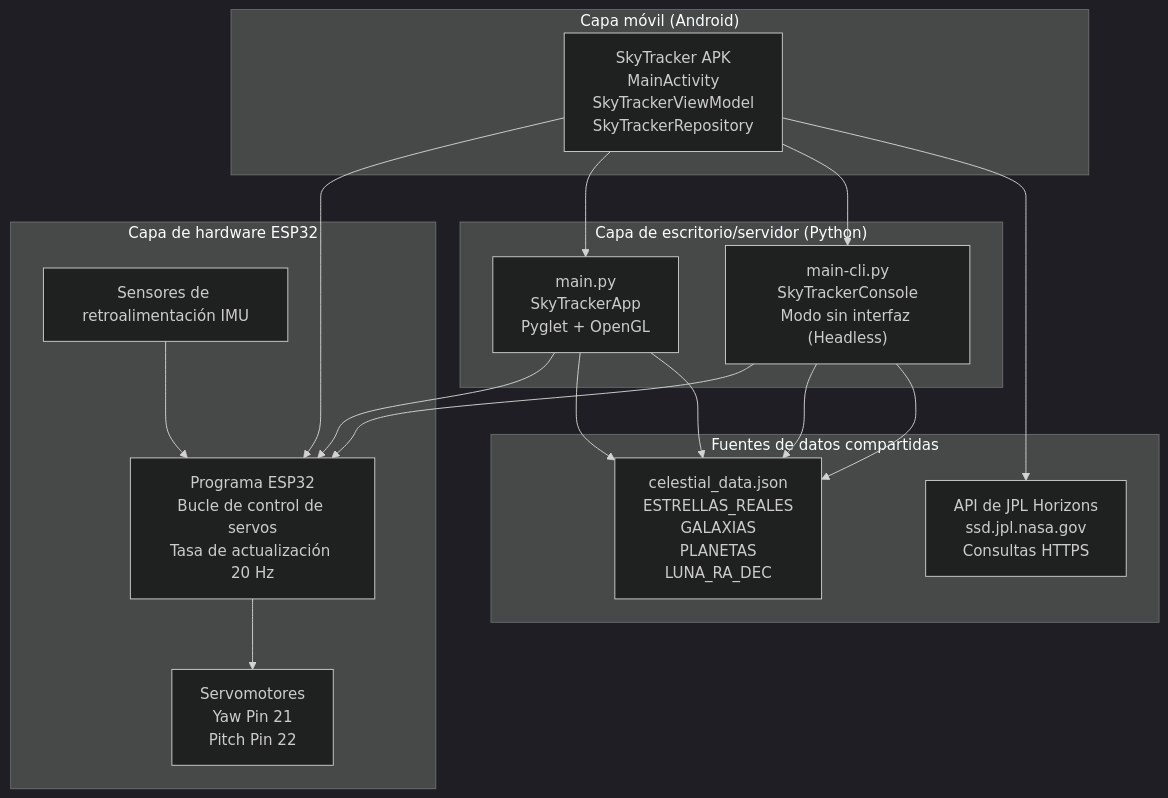
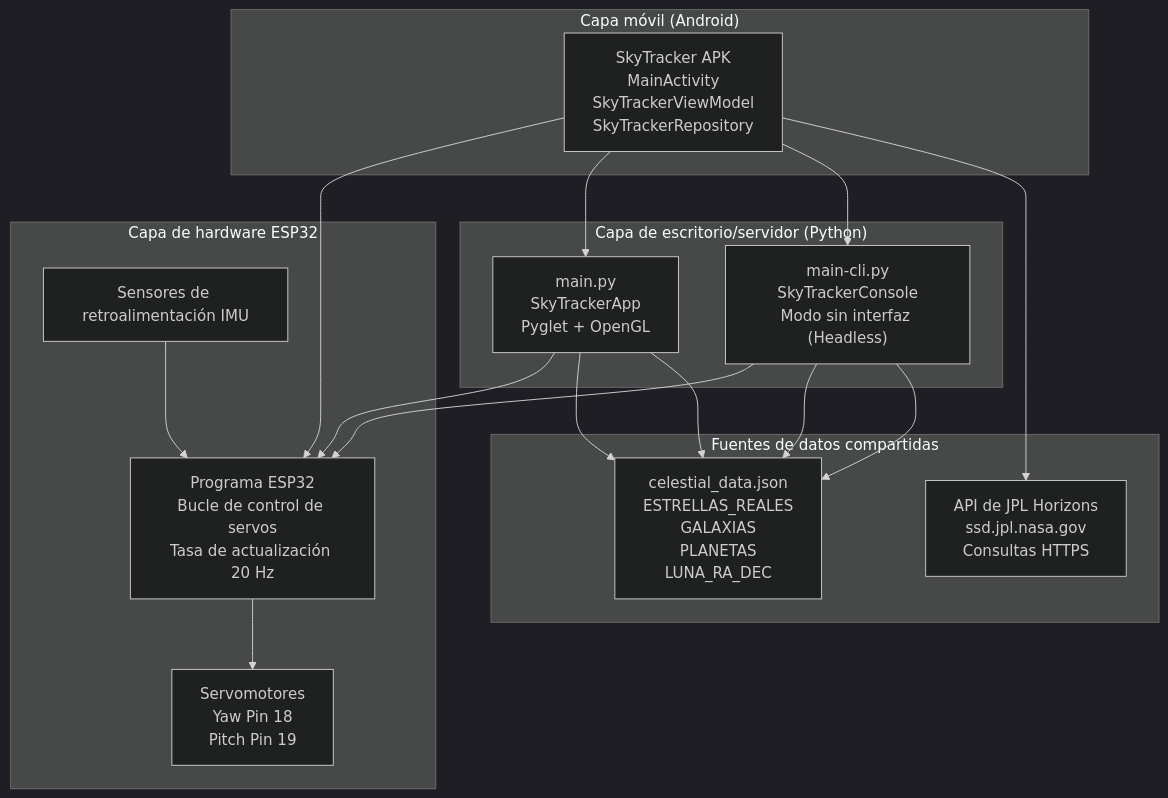
The first of 3 diagrams in README.md (balta-dev/skytracker), drawn with Mermaid (dark theme) before and after one commit. The commit also changed other lines of this file and 9 other files, not shown here.

````diff
--- a/README.md
+++ b/README.md
@@ -146,46 +161,46 @@
 ```mermaid
 flowchart TD
 
 GUI["main.py<br>SkyTrackerApp<br>Pyglet + OpenGL"]
 CLI["main-cli.py<br>SkyTrackerConsole<br>Modo sin interfaz (Headless)"]
 ANDROID["SkyTracker APK<br>MainActivity<br>SkyTrackerViewModel<br>SkyTrackerRepository"]
 ESP["Programa ESP32<br>Bucle de control de servos<br>Tasa de actualización 20 Hz"]
-SERVOS["Servomotores<br>Yaw Pin 21<br>Pitch Pin 22"]
+SERVOS["Servomotores<br>Yaw Pin 18<br>Pitch Pin 19"]
 FEEDBACK["Sensores de retroalimentación IMU"]
 JSON["celestial_data.json<br>ESTRELLAS_REALES<br>GALAXIAS<br>PLANETAS<br>LUNA_RA_DEC"]
 JPL["API de JPL Horizons<br>ssd.jpl.nasa.gov<br>Consultas HTTPS"]
 
 GUI --> ESP
 CLI --> ESP
 ANDROID --> ESP
 ANDROID --> GUI
 ANDROID --> CLI
 GUI --> JSON
 CLI --> JSON
 ANDROID --> JPL
 GUI --> JSON
 CLI --> JSON
 
 subgraph Data ["Fuentes de datos compartidas"]
     JSON
     JPL
 end
 
 subgraph Hardware ["Capa de hardware ESP32"]
     ESP
     SERVOS
     FEEDBACK
     ESP --> SERVOS
     FEEDBACK --> ESP
 end
 
 subgraph Mobile ["Capa móvil (Android)"]
     ANDROID
 end
 
 subgraph Desktop ["Capa de escritorio/servidor (Python)"]
     GUI
     CLI
 end
 
 ```
````
